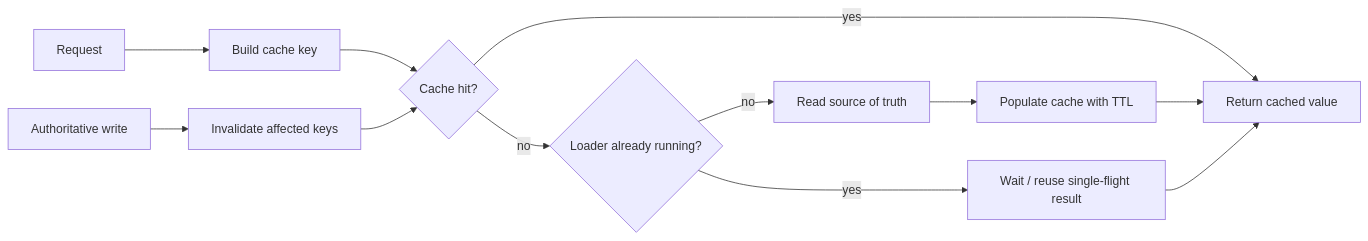
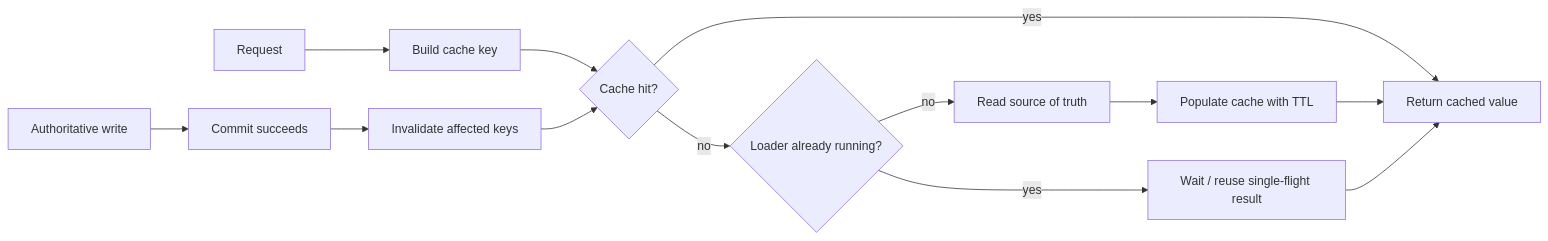
One commit to thucne/software-development-atlas changed the first of 2 diagrams in content/docs/backend-engineering/application-caching.mdx. Above: the diagram before and after it, drawn with Mermaid. The commit also changed other lines of this file and 14 other files, not shown here.

````diff
--- a/content/docs/backend-engineering/application-caching.mdx
+++ b/content/docs/backend-engineering/application-caching.mdx
@@ -48,14 +48,15 @@
 ```mermaid
 flowchart LR
   R[Request] --> K[Build cache key]
   K --> C{Cache hit?}
   C -->|yes| V[Return cached value]
   C -->|no| G{Loader already running?}
   G -->|yes| W[Wait / reuse single-flight result]
   G -->|no| S[Read source of truth]
   S --> P[Populate cache with TTL]
   P --> V
   W --> V
-  X[Authoritative write] --> I[Invalidate affected keys]
+  X[Authoritative write] --> D[Commit succeeds]
+  D --> I[Invalidate affected keys]
   I --> C
 ```
````
